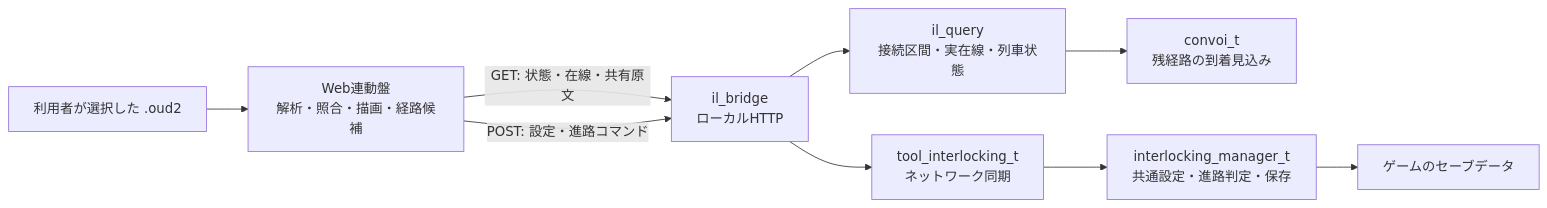
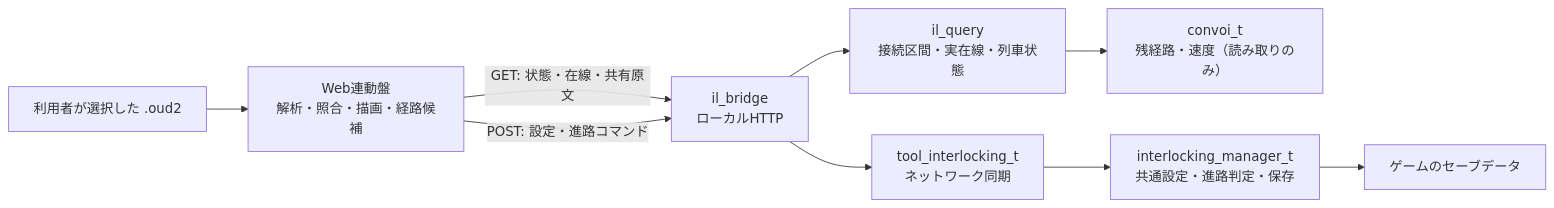
The first of 2 diagrams in documentation/interlocking_panel_extensions_design_ja.md (nain76/TID_simutrans), drawn with Mermaid before and after one commit. The commit also changed other lines of this file and 6 other files, not shown here.

````diff
--- a/documentation/interlocking_panel_extensions_design_ja.md
+++ b/documentation/interlocking_panel_extensions_design_ja.md
@@ -21,11 +22,11 @@
 ```mermaid
 flowchart LR
     File["利用者が選択した .oud2"] --> Web["Web連動盤\n解析・照合・描画・経路候補"]
     Web -->|"GET: 状態・在線・共有原文"| Bridge["il_bridge\nローカルHTTP"]
     Bridge --> Query["il_query\n接続区間・実在線・列車状態"]
-    Query --> Convoy["convoi_t\n残経路の到着見込み"]
+    Query --> Convoy["convoi_t\n残経路・速度（読み取りのみ）"]
     Web -->|"POST: 設定・進路コマンド"| Bridge
     Bridge --> Tool["tool_interlocking_t\nネットワーク同期"]
     Tool --> Manager["interlocking_manager_t\n共通設定・進路判定・保存"]
     Manager --> Save["ゲームのセーブデータ"]
 ```
````
